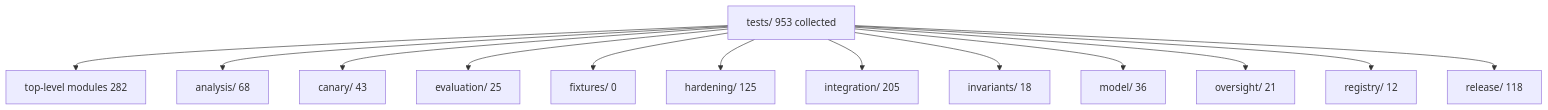
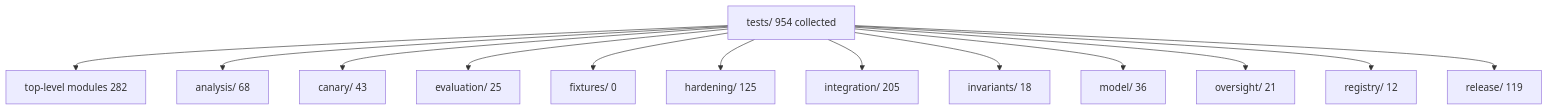
One commit to docxology/red_line changed the diagram in tests/README.md. Above: the diagram before and after it, drawn with Mermaid. The commit also changed other lines of this file and 23 other files, not shown here.

````diff
--- a/tests/README.md
+++ b/tests/README.md
@@ -7,28 +7,28 @@
 ```mermaid
 flowchart TD
-  root["tests/ 953 collected"]
+  root["tests/ 954 collected"]
   top["top-level modules 282"]
   analysis["analysis/ 68"]
   canary["canary/ 43"]
   evaluation["evaluation/ 25"]
   fixtures["fixtures/ 0"]
   hardening["hardening/ 125"]
   integration["integration/ 205"]
   invariants["invariants/ 18"]
   model["model/ 36"]
   oversight["oversight/ 21"]
   registry["registry/ 12"]
-  release["release/ 118"]
+  release["release/ 119"]
   root --> top
   root --> analysis
   root --> canary
   root --> evaluation
   root --> fixtures
   root --> hardening
   root --> integration
   root --> invariants
   root --> model
   root --> oversight
   root --> registry
   root --> release
 ```
````
